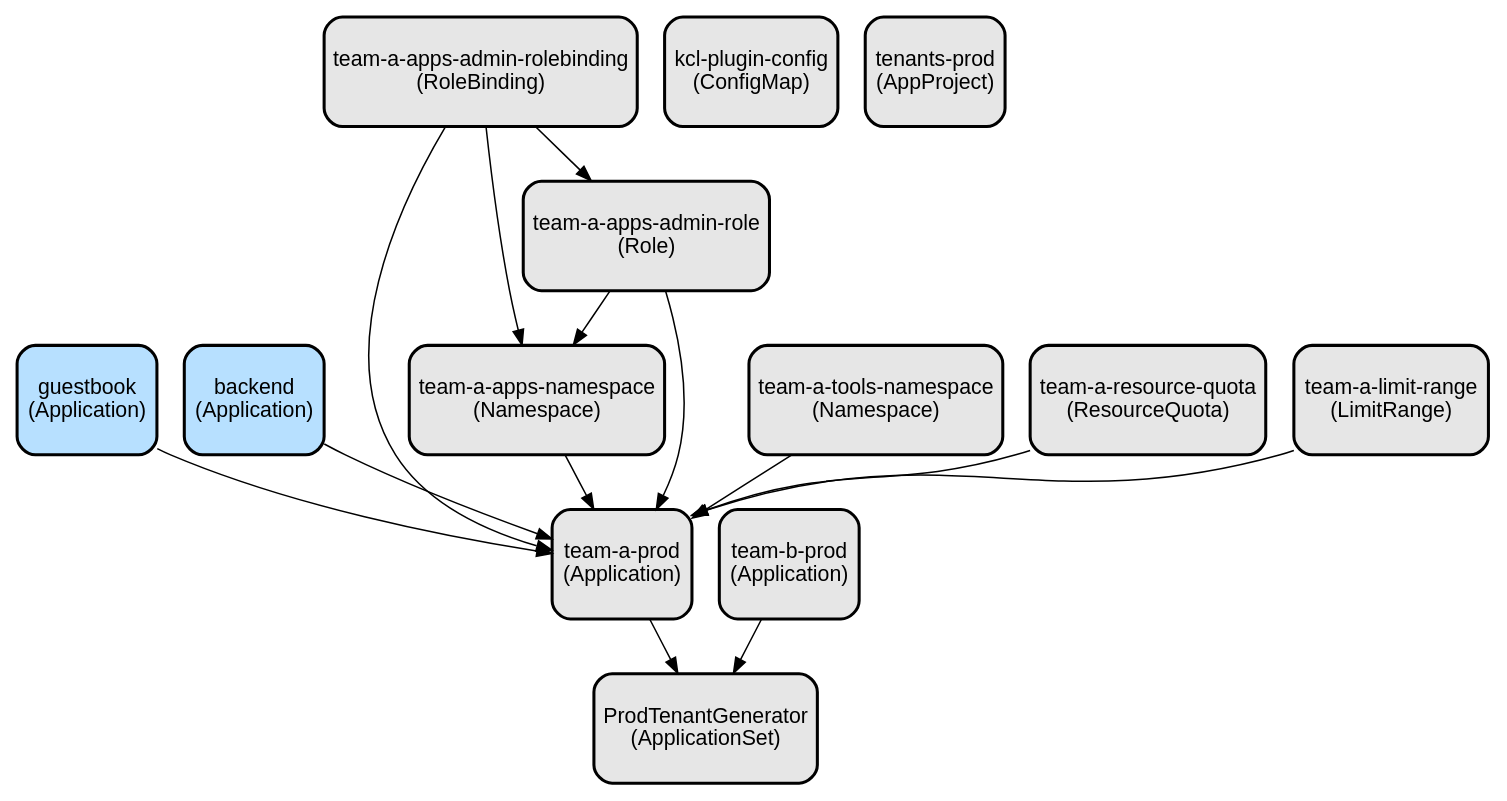
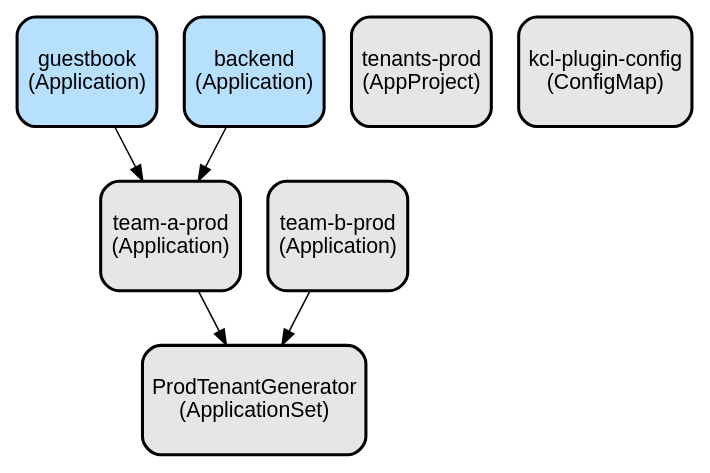
Before and after one commit to jihed/amazon-eks-multitenant-cluster: the diagram in docs/infra.dot, drawn with Graphviz. The commit also changed 2 other files, not shown here.

```diff
--- a/docs/infra.dot
+++ b/docs/infra.dot
@@ -1,42 +1,21 @@
 digraph INFRA {
   node [ color = "black", fillcolor = "#E6E6E6", height =1, style = "filled,bold,rounded", fontname = "Arial" ];
   "ProdTenantGenerator" [ label = "ProdTenantGenerator
 (ApplicationSet)", shape =rectangle ];
+  "tenants-prod" [ label = "tenants-prod
+(AppProject)", shape =rectangle ];
   "kcl-plugin-config" [ label = "kcl-plugin-config
 (ConfigMap)", shape =rectangle ];
-  "tenants-prod" [ label = "tenants-prod
-(AppProject)", shape =rectangle ];
   "team-a-prod" [ label = "team-a-prod
 (Application)", shape =rectangle ];
   "team-b-prod" [ label = "team-b-prod
 (Application)", shape =rectangle ];
   "guestbook" [ label = "guestbook
 (Application)", shape =rectangle, fillcolor = "#B7E0FF" ];
   "backend" [ label = "backend
 (Application)", shape =rectangle, fillcolor = "#B7E0FF" ];
-  "team-a-apps-namespace" [ label = "team-a-apps-namespace
-(Namespace)", shape =rectangle ];
-  "team-a-tools-namespace" [ label = "team-a-tools-namespace
-(Namespace)", shape =rectangle ];
-  "team-a-resource-quota" [ label = "team-a-resource-quota
-(ResourceQuota)", shape =rectangle ];
-  "team-a-limit-range" [ label = "team-a-limit-range
-(LimitRange)", shape =rectangle ];
-  "team-a-apps-admin-role" [ label = "team-a-apps-admin-role
-(Role)", shape =rectangle ];
-  "team-a-apps-admin-rolebinding" [ label = "team-a-apps-admin-rolebinding
-(RoleBinding)", shape =rectangle ];
   "team-a-prod" -> "ProdTenantGenerator";
   "team-b-prod" -> "ProdTenantGenerator";
   "guestbook" -> "team-a-prod";
   "backend" -> "team-a-prod";
-  "team-a-apps-namespace" -> "team-a-prod";
-  "team-a-tools-namespace" -> "team-a-prod";
-  "team-a-resource-quota" -> "team-a-prod";
-  "team-a-limit-range" -> "team-a-prod";
-  "team-a-apps-admin-role" -> "team-a-prod";
-  "team-a-apps-admin-role" -> "team-a-apps-namespace";
-  "team-a-apps-admin-rolebinding" -> "team-a-prod";
-  "team-a-apps-admin-rolebinding" -> "team-a-apps-namespace";
-  "team-a-apps-admin-rolebinding" -> "team-a-apps-admin-role";
 }
```
